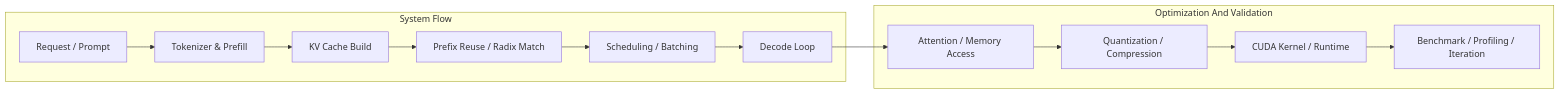
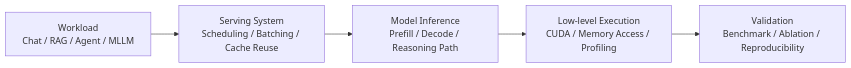
One commit to ProIg-Chaa/ProIg-Chaa changed the second of 2 diagrams in README.md. Above: the diagram before and after it, drawn with Mermaid. The commit also changed other lines of this file, not shown here.

````diff
--- a/README.md
+++ b/README.md
@@ -178,16 +172,7 @@
 ```mermaid
 flowchart LR
-    subgraph Top[System Flow]
-        A[Request / Prompt] --> B[Tokenizer & Prefill]
-        B --> C[KV Cache Build]
-        C --> D[Prefix Reuse / Radix Match]
-        D --> E[Scheduling / Batching]
-        E --> F[Decode Loop]
-    end
-    subgraph Bottom[Optimization And Validation]
-        G[Attention / Memory Access] --> H[Quantization / Compression]
-        H --> I[CUDA Kernel / Runtime]
-        I --> J[Benchmark / Profiling / Iteration]
-    end
-    F --> G
+    A[Workload<br/>Chat / RAG / Agent / MLLM] --> B[Serving System<br/>Scheduling / Batching / Cache Reuse]
+    B --> C[Model Inference<br/>Prefill / Decode / Reasoning Path]
+    C --> D[Low-level Execution<br/>CUDA / Memory Access / Profiling]
+    D --> E[Validation<br/>Benchmark / Ablation / Reproducibility]
 ```
````
